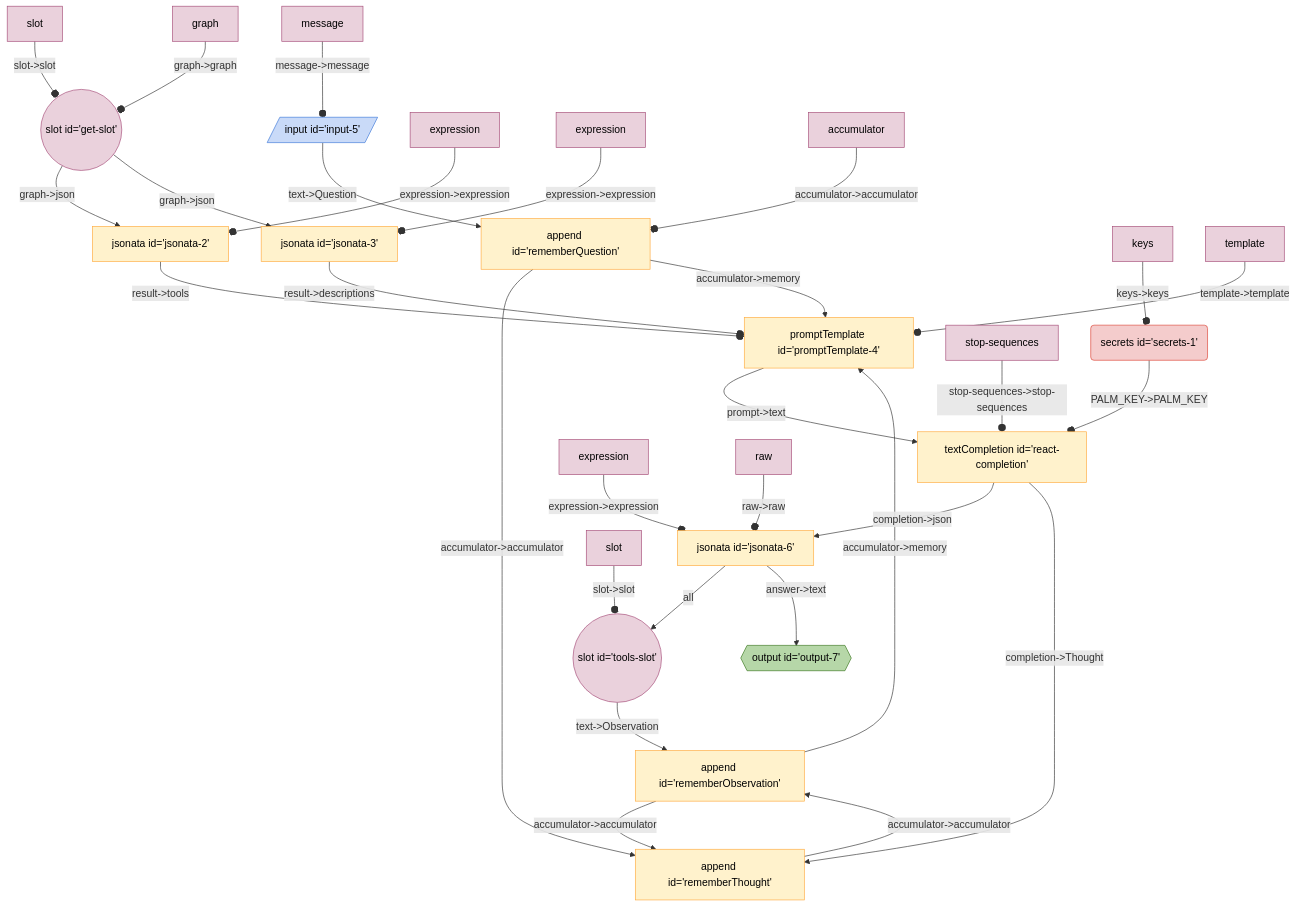
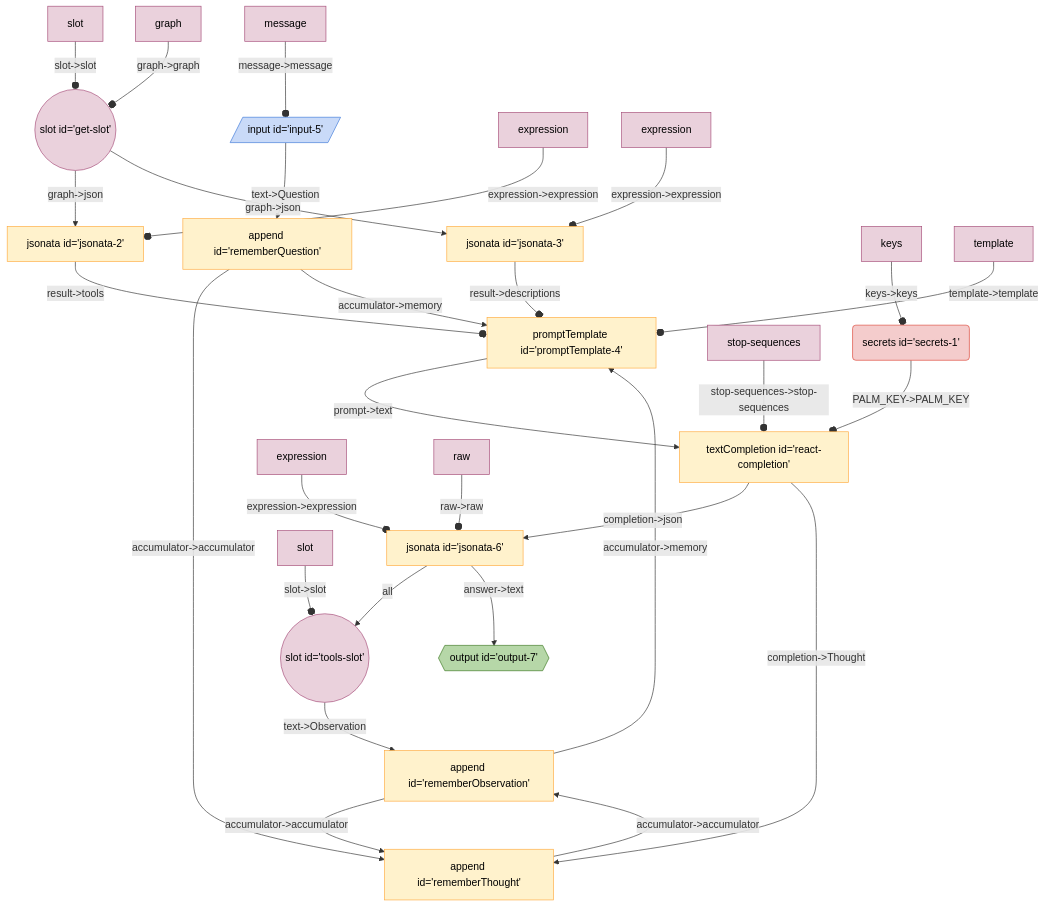
The diagram in seeds/graph-playground/docs/graphs/react-with-slot.md (breadboard-ai/breadboard), drawn with Mermaid before and after one commit. The commit also changed 4 other files, not shown here.

````diff
--- a/seeds/graph-playground/docs/graphs/react-with-slot.md
+++ b/seeds/graph-playground/docs/graphs/react-with-slot.md
@@ -6,41 +6,40 @@
 ```mermaid
 %%{init: 'themeVariables': { 'fontFamily': 'Fira Code, monospace' }}%%
 graph TD;
 getslot(("slot id='get-slot'")):::slot -- "graph->json" --> jsonata2["jsonata id='jsonata-2'"]
 getslot(("slot id='get-slot'")):::slot -- "graph->json" --> jsonata3["jsonata id='jsonata-3'"]
 jsonata3["jsonata id='jsonata-3'"] -- "result->descriptions" --o promptTemplate4["promptTemplate id='promptTemplate-4'"]
 jsonata2["jsonata id='jsonata-2'"] -- "result->tools" --o promptTemplate4["promptTemplate id='promptTemplate-4'"]
 rememberObservation["append id='rememberObservation'"] -- "accumulator->memory" --> promptTemplate4["promptTemplate id='promptTemplate-4'"]
 rememberThought["append id='rememberThought'"] -- "accumulator->accumulator" --> rememberObservation["append id='rememberObservation'"]
 rememberObservation["append id='rememberObservation'"] -- "accumulator->accumulator" --> rememberThought["append id='rememberThought'"]
 rememberQuestion["append id='rememberQuestion'"] -- "accumulator->accumulator" --> rememberThought["append id='rememberThought'"]
 rememberQuestion["append id='rememberQuestion'"] -- "accumulator->memory" --> promptTemplate4["promptTemplate id='promptTemplate-4'"]
 input5[/"input id='input-5'"/]:::input -- "text->Question" --> rememberQuestion["append id='rememberQuestion'"]
 secrets1("secrets id='secrets-1'"):::secrets -- "PALM_KEY->PALM_KEY" --o reactcompletion["textCompletion id='react-completion'"]
 toolsslot(("slot id='tools-slot'")):::slot -- "text->Observation" --> rememberObservation["append id='rememberObservation'"]
 jsonata6["jsonata id='jsonata-6'"] -- all --> toolsslot(("slot id='tools-slot'")):::slot
 jsonata6["jsonata id='jsonata-6'"] -- "answer->text" --> output7{{"output id='output-7'"}}:::output
 reactcompletion["textCompletion id='react-completion'"] -- "completion->json" --> jsonata6["jsonata id='jsonata-6'"]
 reactcompletion["textCompletion id='react-completion'"] -- "completion->Thought" --> rememberThought["append id='rememberThought'"]
 promptTemplate4["promptTemplate id='promptTemplate-4'"] -- "prompt->text" --> reactcompletion["textCompletion id='react-completion'"]
 keyssecrets1[keys]:::config -- "keys->keys" --o secrets1
 slotgetslot[slot]:::config -- "slot->slot" --o getslot
 graphgetslot[graph]:::config -- "graph->graph" --o getslot
 expressionjsonata2[expression]:::config -- "expression->expression" --o jsonata2
 expressionjsonata3[expression]:::config -- "expression->expression" --o jsonata3
 templatepromptTemplate4[template]:::config -- "template->template" --o promptTemplate4
-accumulatorrememberQuestion[accumulator]:::config -- "accumulator->accumulator" --o rememberQuestion
 messageinput5[message]:::config -- "message->message" --o input5
 stopsequencesreactcompletion[stop-sequences]:::config -- "stop-sequences->stop-sequences" --o reactcompletion
 expressionjsonata6[expression]:::config -- "expression->expression" --o jsonata6
 rawjsonata6[raw]:::config -- "raw->raw" --o jsonata6
 slottoolsslot[slot]:::config -- "slot->slot" --o toolsslot
 classDef default stroke:#ffab40,fill:#fff2ccff,color:#000
 classDef input stroke:#3c78d8,fill:#c9daf8ff,color:#000
 classDef output stroke:#38761d,fill:#b6d7a8ff,color:#000
 classDef passthrough stroke:#a64d79,fill:#ead1dcff,color:#000
 classDef slot stroke:#a64d79,fill:#ead1dcff,color:#000
 classDef config stroke:#a64d79,fill:#ead1dcff,color:#000
 classDef secrets stroke:#db4437,fill:#f4cccc,color:#000
 classDef slotted stroke:#a64d79
 ```
````
